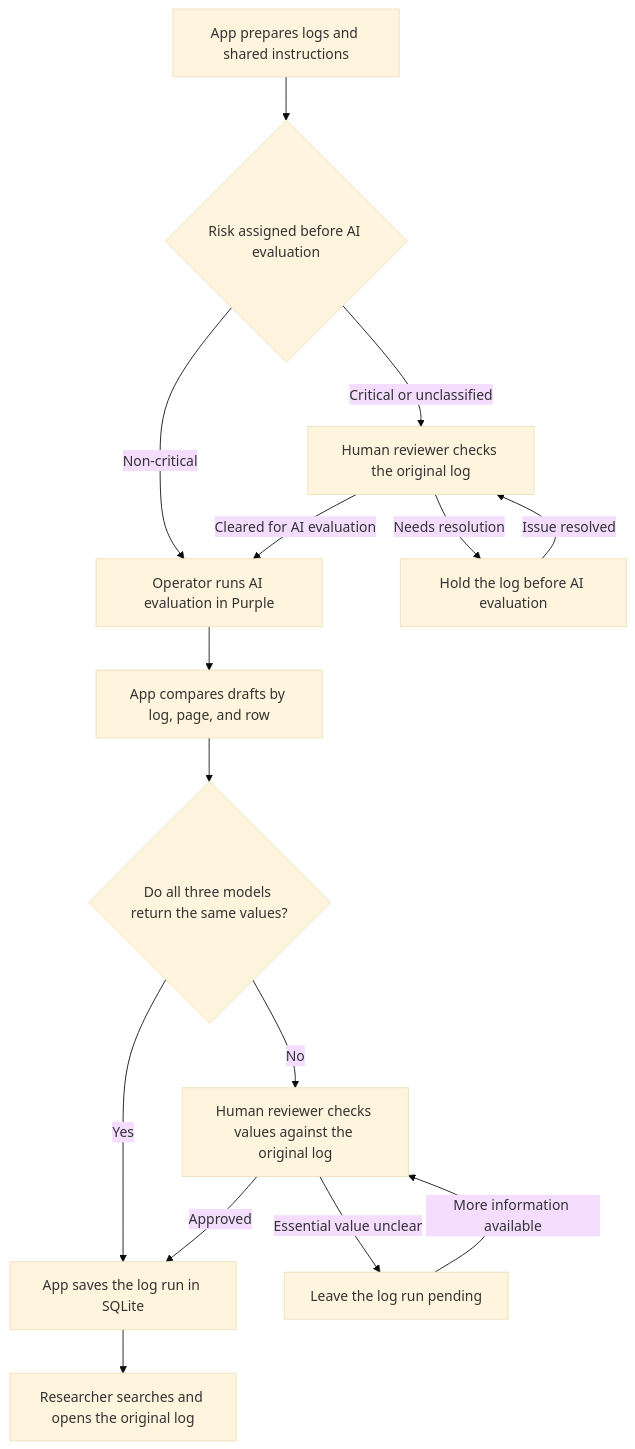
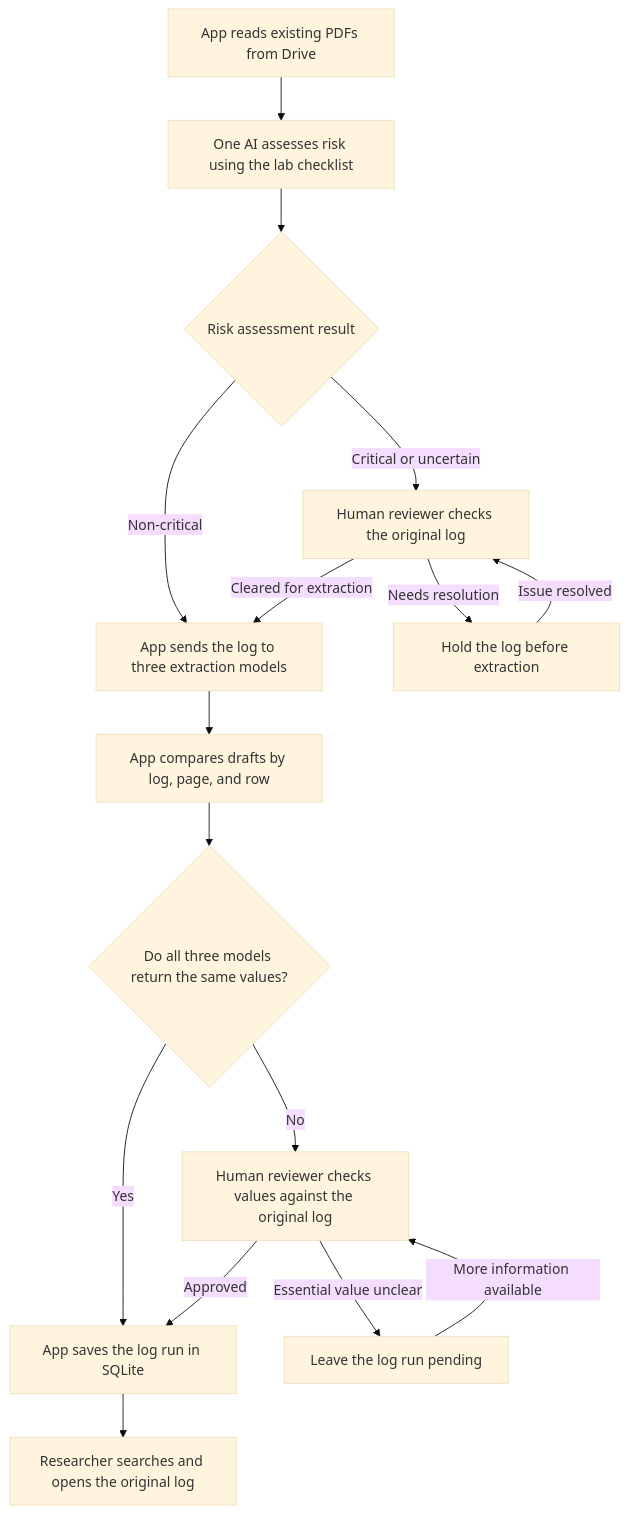
The diagram in docs/design-document.md (irisyjchang/quantum-materials-ai-archive), drawn with Mermaid (base theme) before and after one commit. The commit also changed other lines of this file, not shown here.

Commit message:
docs: design automated Drive intake and risk assessment

````diff
--- a/docs/design-document.md
+++ b/docs/design-document.md
@@ -36,17 +36,18 @@
 ```mermaid
 flowchart TD
-    A[App prepares logs and shared instructions] --> R{Risk assigned before AI evaluation}
-    R -->|Non-critical| D[Operator runs AI evaluation in Purple]
-    R -->|Critical or unclassified| P[Human reviewer checks the original log]
-    P -->|Cleared for AI evaluation| D
-    P -->|Needs resolution| Q[Hold the log before AI evaluation]
+    A[App reads existing PDFs from Drive] --> T[One AI assesses risk using the lab checklist]
+    T --> R{Risk assessment result}
+    R -->|Non-critical| D[App sends the log to three extraction models]
+    R -->|Critical or uncertain| P[Human reviewer checks the original log]
+    P -->|Cleared for extraction| D
+    P -->|Needs resolution| Q[Hold the log before extraction]
     Q -->|Issue resolved| P
     D --> F[App compares drafts by log, page, and row]
     F --> V{Do all three models return the same values?}
     V -->|Yes| K[App saves the log run in SQLite]
     V -->|No| G[Human reviewer checks values against the original log]
     G -->|Approved| K
     G -->|Essential value unclear| I[Leave the log run pending]
     I -->|More information available| G
     K --> L[Researcher searches and opens the original log]
 ```
````
